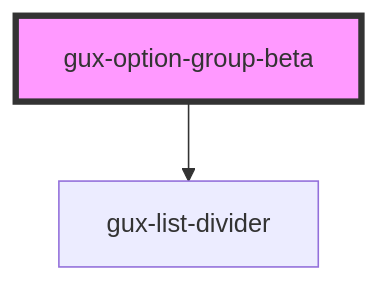
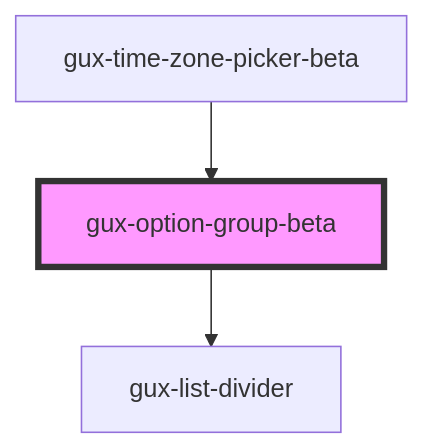
Before and after one commit to MyPureCloud/genesys-spark: the diagram in packages/genesys-spark-components/src/components/stable/gux-listbox/option-group/readme.md, drawn with Mermaid. The commit also changed other lines of this file and 7 other files, not shown here.

First line of the commit message:
feat(time-zone-picker): allow custom defaults

````diff
--- a/packages/genesys-spark-components/src/components/stable/gux-listbox/option-group/readme.md
+++ b/packages/genesys-spark-components/src/components/stable/gux-listbox/option-group/readme.md
@@ -29,5 +33,6 @@
 ```mermaid
 graph TD;
   gux-option-group-beta --> gux-list-divider
+  gux-time-zone-picker-beta --> gux-option-group-beta
   style gux-option-group-beta fill:#f9f,stroke:#333,stroke-width:4px
 ```
````
